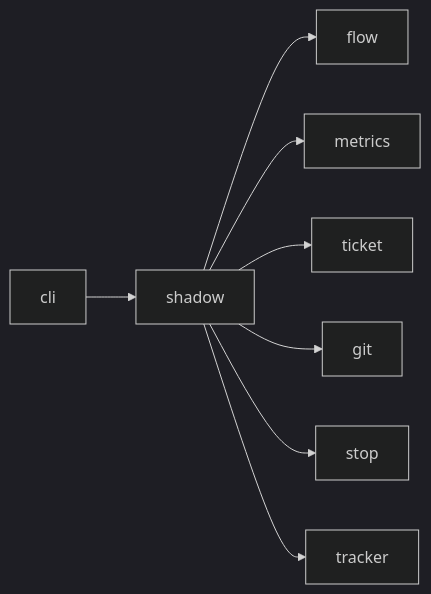
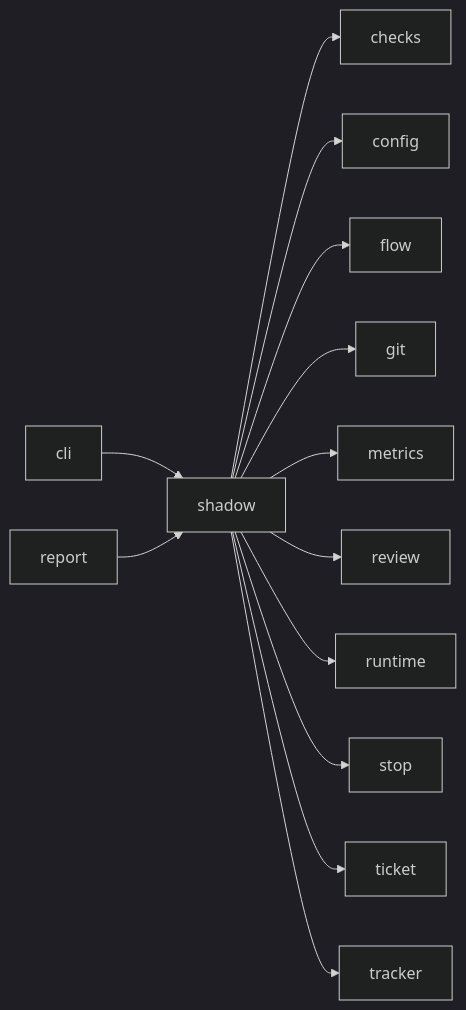
Before and after one commit to plaplanche/ariane: the diagram in docs/architecture/modules/shadow.md, drawn with Mermaid (dark theme). The commit also changed other lines of this file and 33 other files, not shown here.

Commit message:
#120: Generate the module dependency graphs of the architecture docs from the code (C25)

````diff
--- a/docs/architecture/modules/shadow.md
+++ b/docs/architecture/modules/shadow.md
@@ -16,10 +17,15 @@
 ```mermaid
 flowchart LR
+  cli --> shadow
+  report --> shadow
+  shadow --> checks
+  shadow --> config
   shadow --> flow
+  shadow --> git
   shadow --> metrics
+  shadow --> review
+  shadow --> runtime
+  shadow --> stop
   shadow --> ticket
-  shadow --> git
-  shadow --> stop
   shadow --> tracker
-  cli --> shadow
 ```
````
